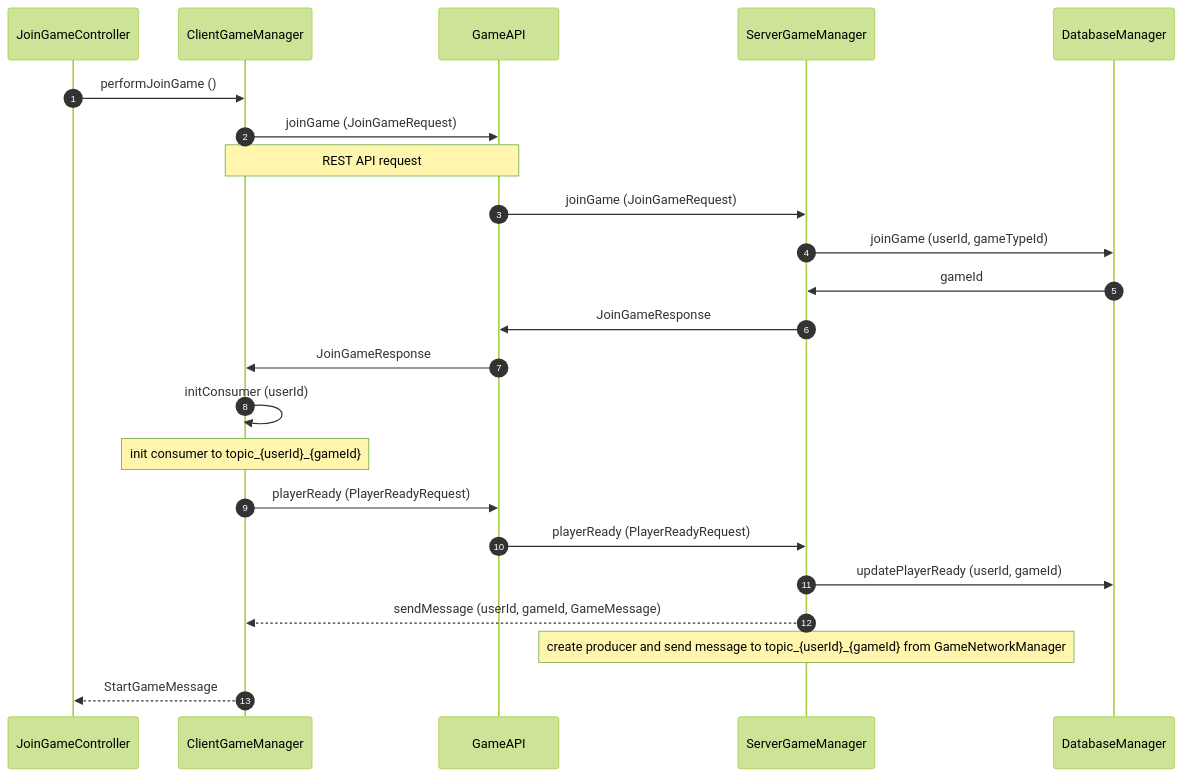
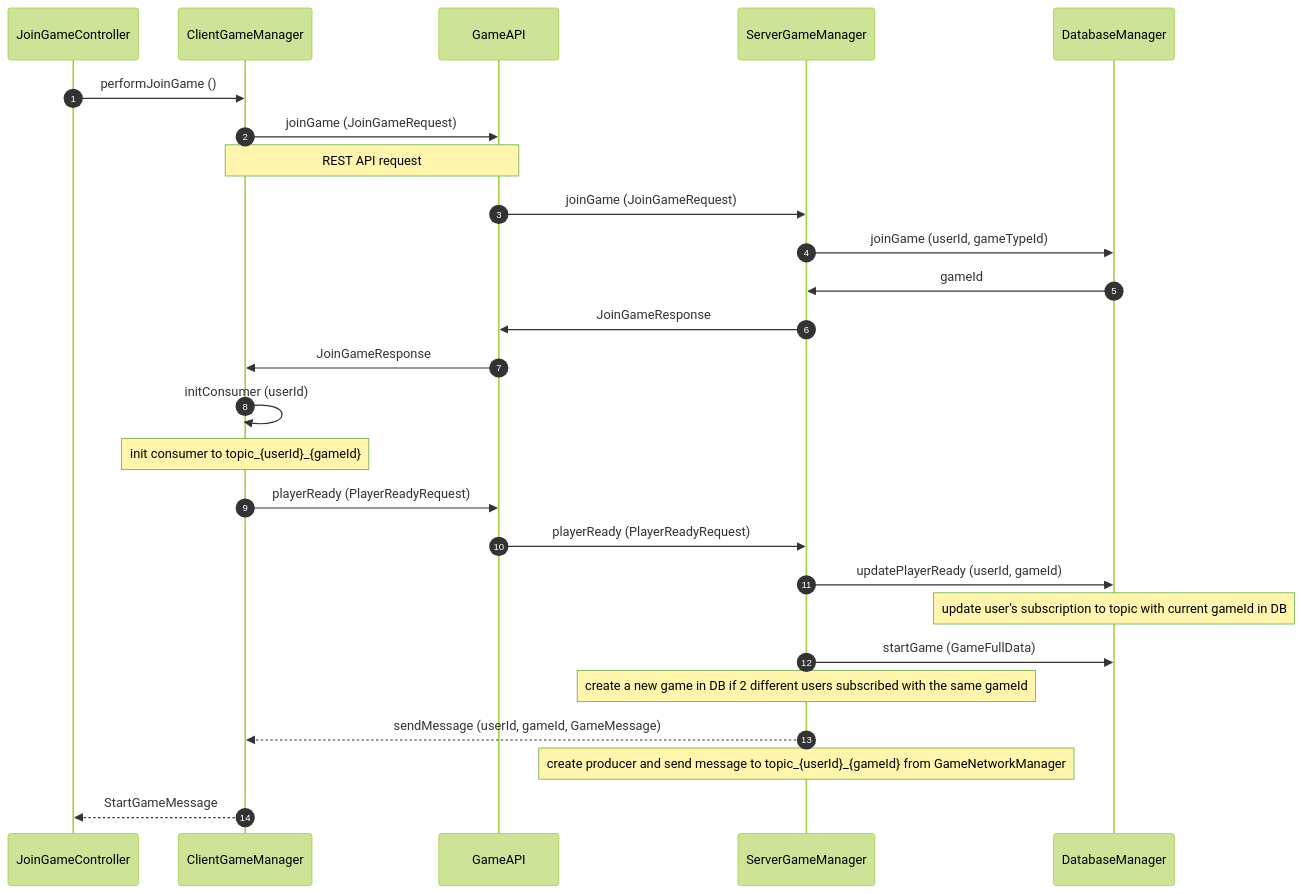
One commit to alice-ruv/board-games changed the diagram in README.md. Above: the diagram before and after it, drawn with Mermaid (forest theme).

````diff
--- a/README.md
+++ b/README.md
@@ -120,20 +120,23 @@
 ```mermaid 
 sequenceDiagram
 autonumber
 JoinGameController ->> ClientGameManager: performJoinGame ()
 ClientGameManager ->> GameAPI: joinGame (JoinGameRequest)
 note over ClientGameManager, GameAPI: REST API request
 GameAPI ->> ServerGameManager: joinGame (JoinGameRequest)
 ServerGameManager ->> DatabaseManager: joinGame (userId, gameTypeId)
 DatabaseManager ->> ServerGameManager: gameId
 ServerGameManager ->> GameAPI: JoinGameResponse
 GameAPI ->> ClientGameManager: JoinGameResponse
 ClientGameManager ->> ClientGameManager: initConsumer (userId) 
 note over ClientGameManager: init consumer to topic_{userId}_{gameId}
 ClientGameManager ->> GameAPI: playerReady (PlayerReadyRequest)
 GameAPI ->> ServerGameManager: playerReady (PlayerReadyRequest)
 ServerGameManager ->> DatabaseManager: updatePlayerReady (userId, gameId)
+note over DatabaseManager: update user's subscription to topic with current gameId in DB
+ServerGameManager ->> DatabaseManager: startGame (GameFullData)
+note over ServerGameManager: create a new game in DB if 2 different users subscribed with the same gameId
 ServerGameManager -->> ClientGameManager: sendMessage (userId, gameId, GameMessage)
 note over ServerGameManager: create producer and send message to topic_{userId}_{gameId} from GameNetworkManager
 ClientGameManager -->> JoinGameController: StartGameMessage
 ```
````
